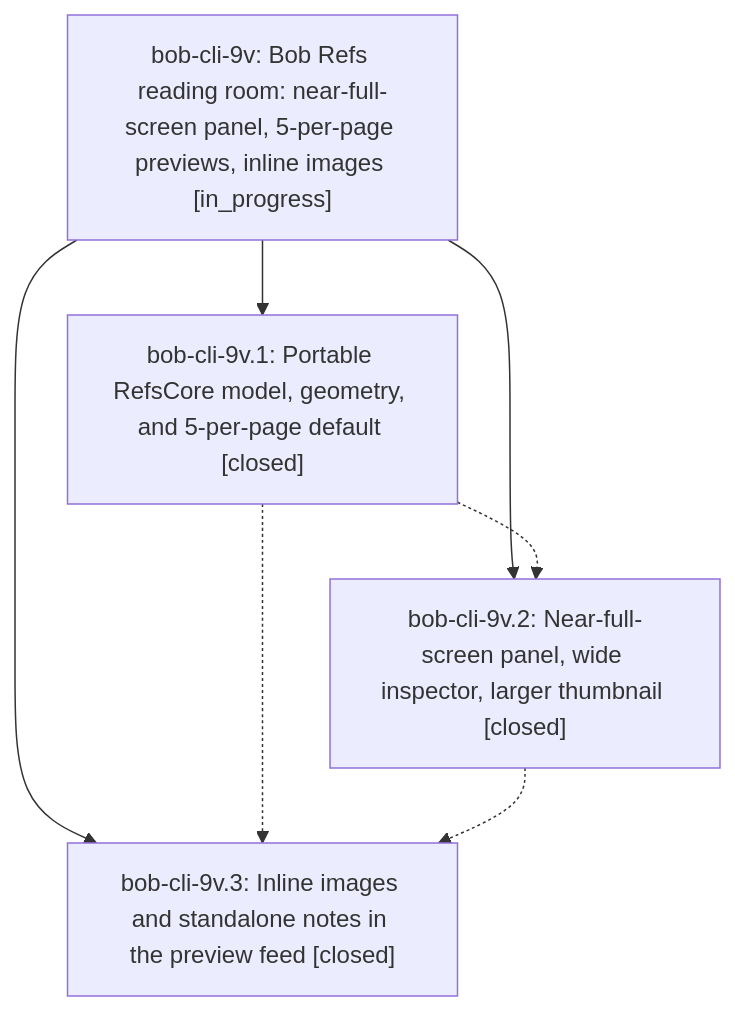
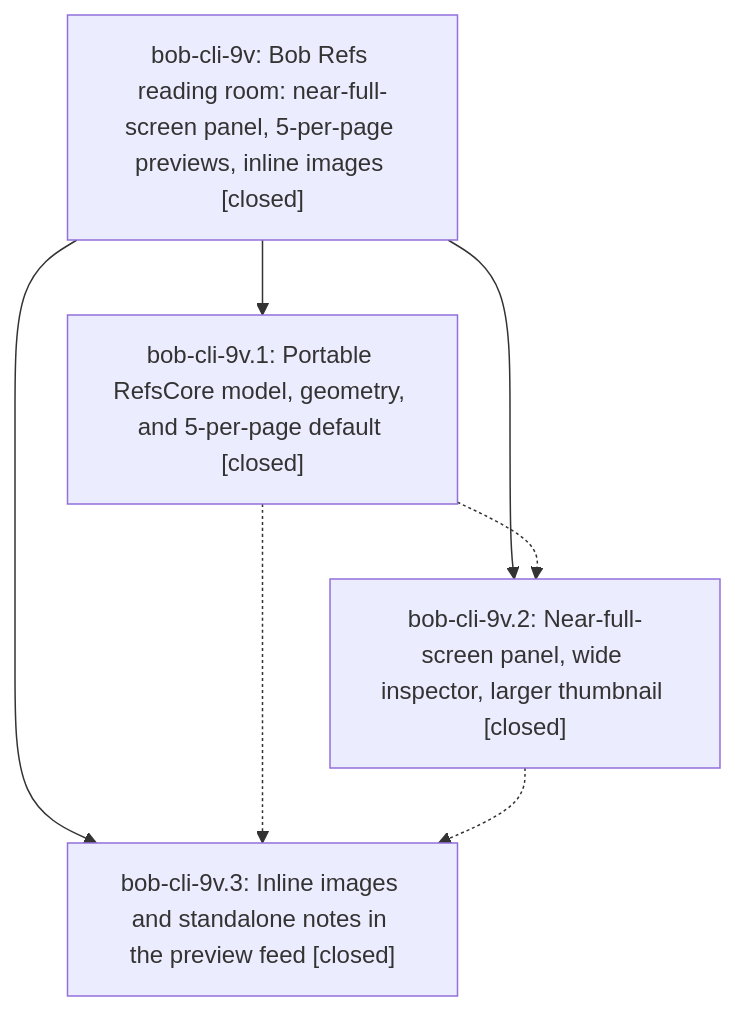
Before and after one commit to bobs-org/bob-cli--beads: the diagram in pages/bob-cli-9v/README.md, drawn with Mermaid. The commit also changed other lines of this file and 1 other file, not shown here.

First line of the commit message:
chore(beads): sync bead state and pages for bob-cli-9v

````diff
--- a/pages/bob-cli-9v/README.md
+++ b/pages/bob-cli-9v/README.md
@@ -36,13 +55,13 @@
 ```mermaid
 flowchart TD
-    n0["bob-cli-9v: Bob Refs reading room: near-full-screen panel, 5-per-page previews, inline images [in_progress]"]
+    n0["bob-cli-9v: Bob Refs reading room: near-full-screen panel, 5-per-page previews, inline images [closed]"]
     n1["bob-cli-9v.1: Portable RefsCore model, geometry, and 5-per-page default [closed]"]
     n2["bob-cli-9v.2: Near-full-screen panel, wide inspector, larger thumbnail [closed]"]
     n3["bob-cli-9v.3: Inline images and standalone notes in the preview feed [closed]"]
     n0 --> n1
     n0 --> n2
     n0 --> n3
     n1 -.-> n2
     n1 -.-> n3
     n2 -.-> n3
 ```
````
